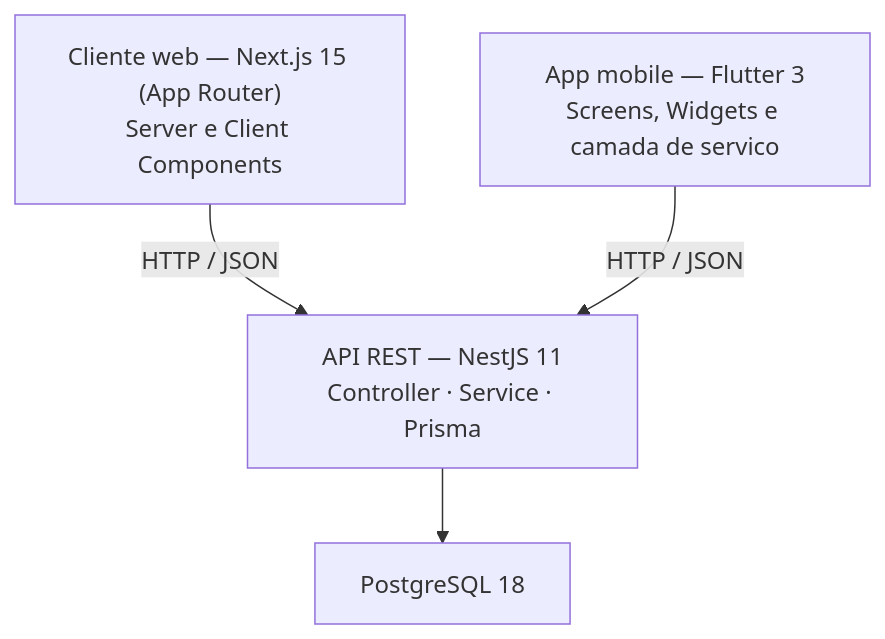
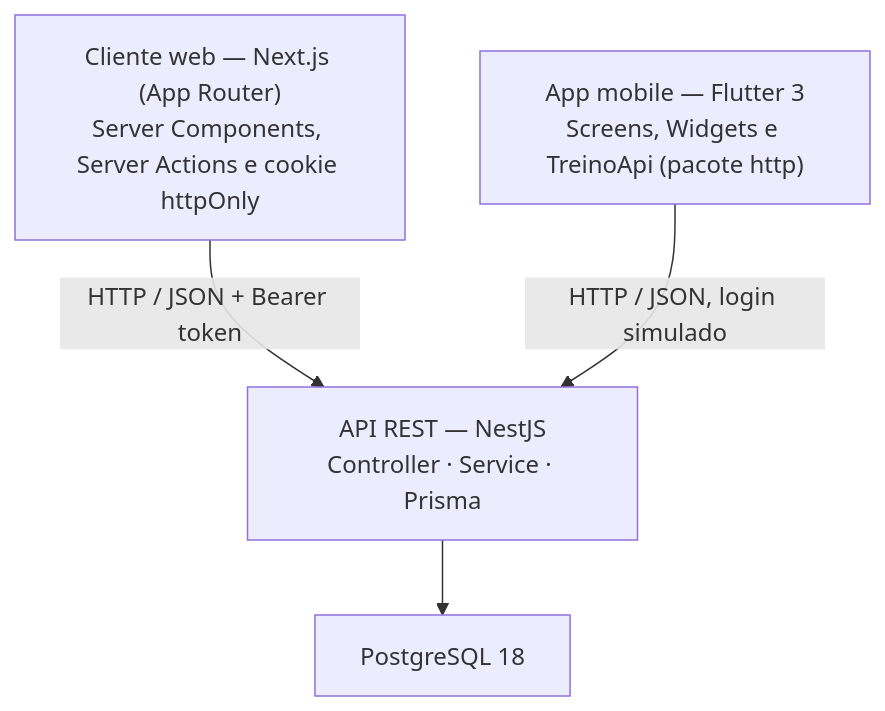
Before and after one commit to ArthurMunhon/trabalho-final-treino-progressivo: the second of 2 diagrams in docs/prd.md, drawn with Mermaid. The commit also changed other lines of this file and 4 other files, not shown here.

````diff
--- a/docs/prd.md
+++ b/docs/prd.md
@@ -234,10 +272,10 @@
 ```mermaid
 flowchart TD
-  W["Cliente web — Next.js 15 (App Router)<br/>Server e Client Components"]
-  M["App mobile — Flutter 3<br/>Screens, Widgets e camada de servico"]
-  A["API REST — NestJS 11<br/>Controller · Service · Prisma"]
+  W["Cliente web — Next.js (App Router)<br/>Server Components, Server Actions e cookie httpOnly"]
+  M["App mobile — Flutter 3<br/>Screens, Widgets e TreinoApi (pacote http)"]
+  A["API REST — NestJS<br/>Controller · Service · Prisma"]
   D["PostgreSQL 18"]
-  W -->|HTTP / JSON| A
-  M -->|HTTP / JSON| A
+  W -->|HTTP / JSON + Bearer token| A
+  M -->|HTTP / JSON, login simulado| A
   A --> D
 ```
````
